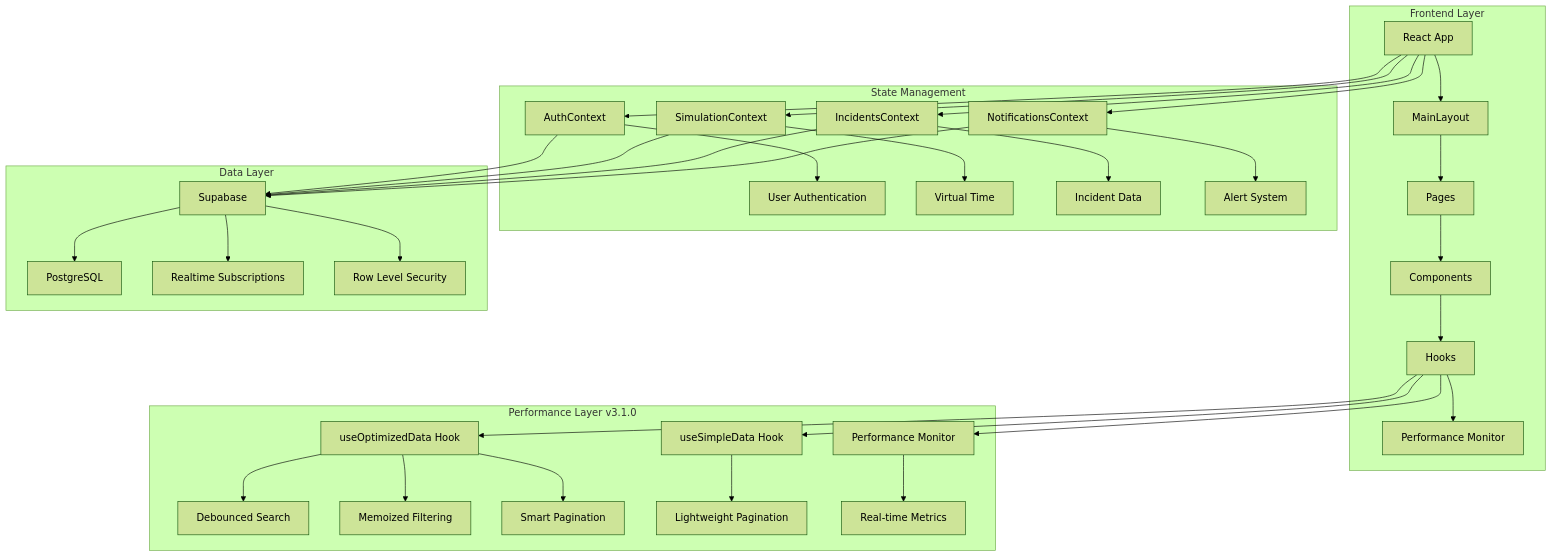
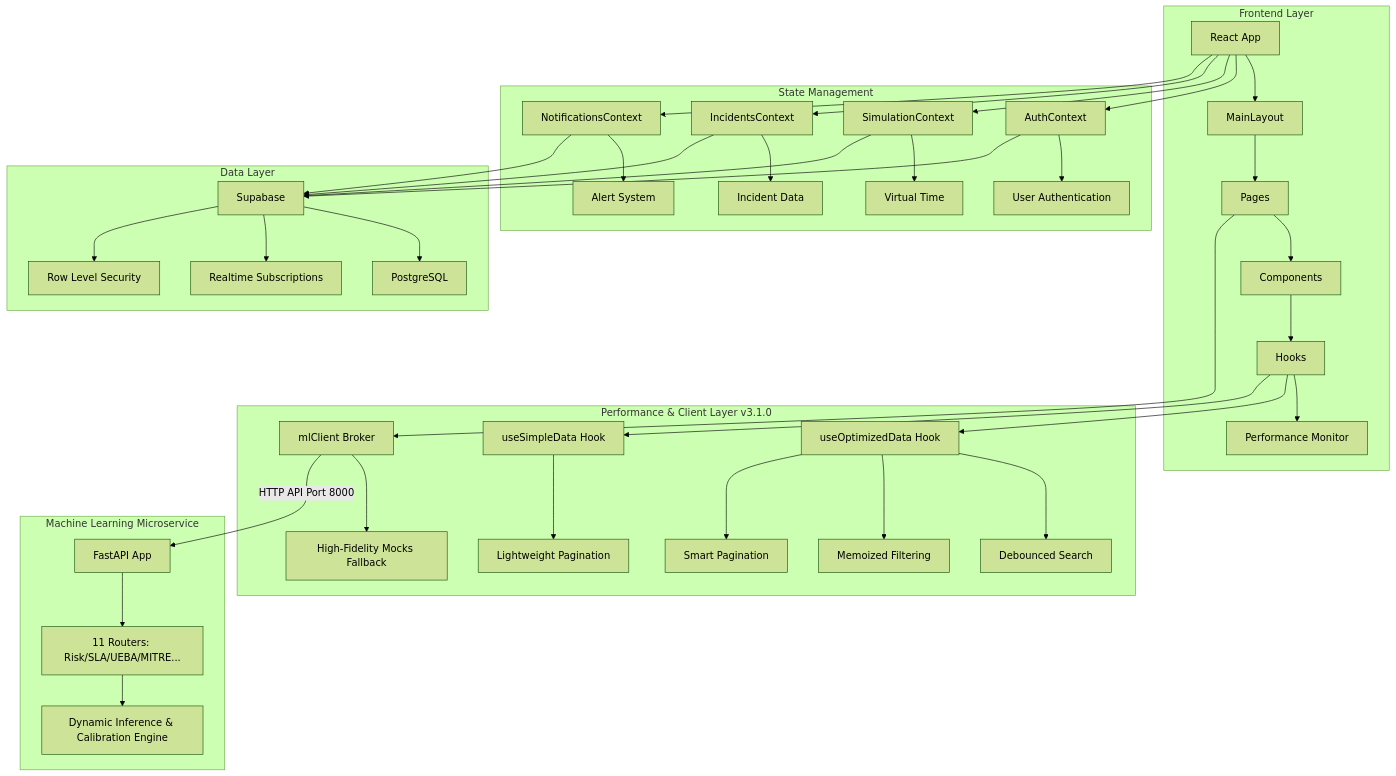
One commit to VARUNAGARWAL09/Iris.sec changed the first of 3 diagrams in ARCHITECTURE_DIAGRAMS.md. Above: the diagram before and after it, drawn with Mermaid (forest theme). The commit also changed other lines of this file and 7 other files, not shown here.

Commit message:
docs: update all documentation files to v3.1.0 and document FastAPI ML microservice integration

````diff
--- a/ARCHITECTURE_DIAGRAMS.md
+++ b/ARCHITECTURE_DIAGRAMS.md
@@ -5,43 +5,49 @@
 ```mermaid
 graph TB
     subgraph "Frontend Layer"
         A[React App] --> B[MainLayout]
         B --> C[Pages]
         C --> D[Components]
         D --> E[Hooks]
         E --> F[Performance Monitor]
     end
     
-    subgraph "Performance Layer v3.1.0"
+    subgraph "Performance & Client Layer v3.1.0"
         G[useOptimizedData Hook] --> H[Debounced Search]
         G --> I[Memoized Filtering]
         G --> J[Smart Pagination]
         K[useSimpleData Hook] --> L[Lightweight Pagination]
-        M[Performance Monitor] --> N[Real-time Metrics]
+        M[mlClient Broker] --> N[High-Fidelity Mocks Fallback]
     end
     
     subgraph "State Management"
         O[AuthContext] --> P[User Authentication]
         Q[SimulationContext] --> R[Virtual Time]
         S[IncidentsContext] --> T[Incident Data]
         U[NotificationsContext] --> V[Alert System]
     end
     
     subgraph "Data Layer"
         W[Supabase] --> X[PostgreSQL]
         W --> Y[Realtime Subscriptions]
         W --> Z[Row Level Security]
     end
+
+    subgraph "Machine Learning Microservice"
+        ML[FastAPI App] --> MLR[11 Routers: Risk/SLA/UEBA/MITRE...]
+        MLR --> MLS[Dynamic Inference & Calibration Engine]
+    end
     
     A --> O
     A --> Q
     A --> S
     A --> U
     E --> G
     E --> K
-    E --> M
+    C --> M
+    M -->|HTTP API Port 8000| ML
     O --> W
     Q --> W
     S --> W
     U --> W
 ```
````
